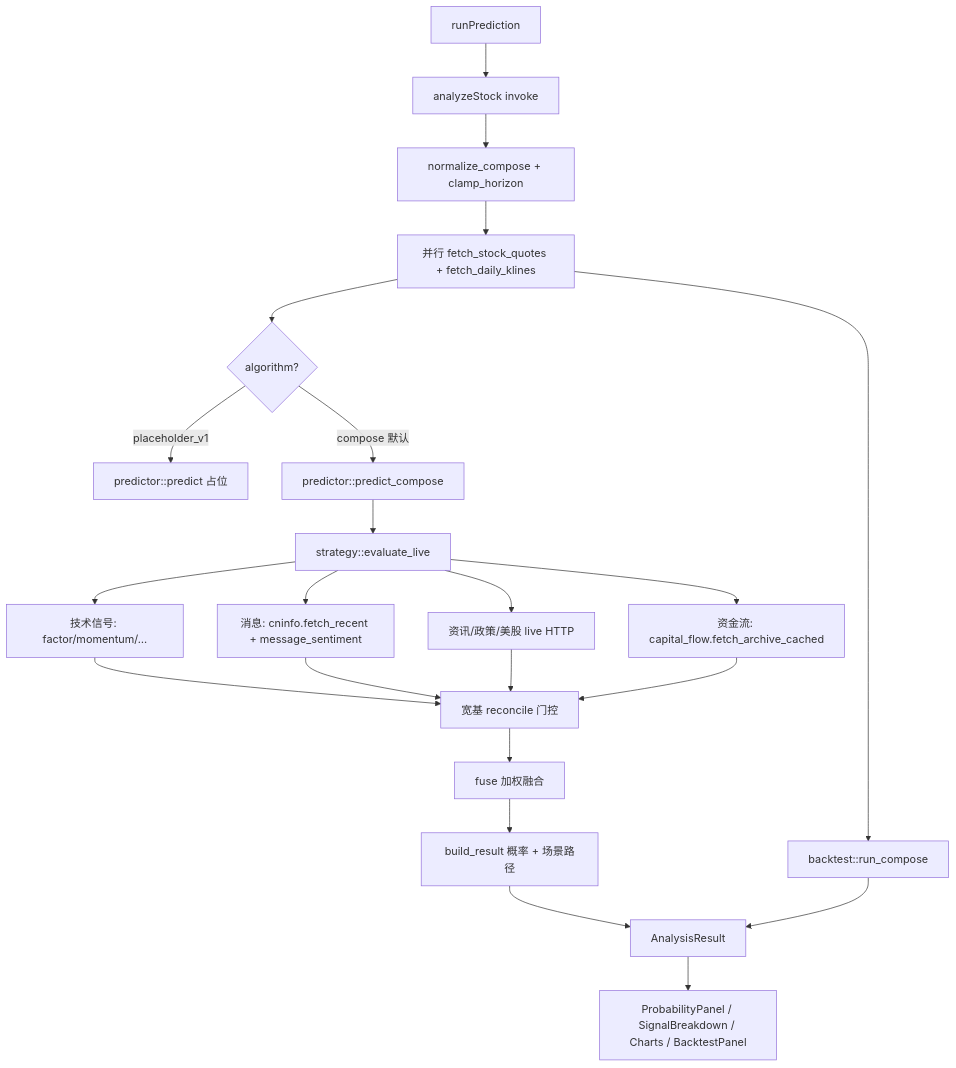
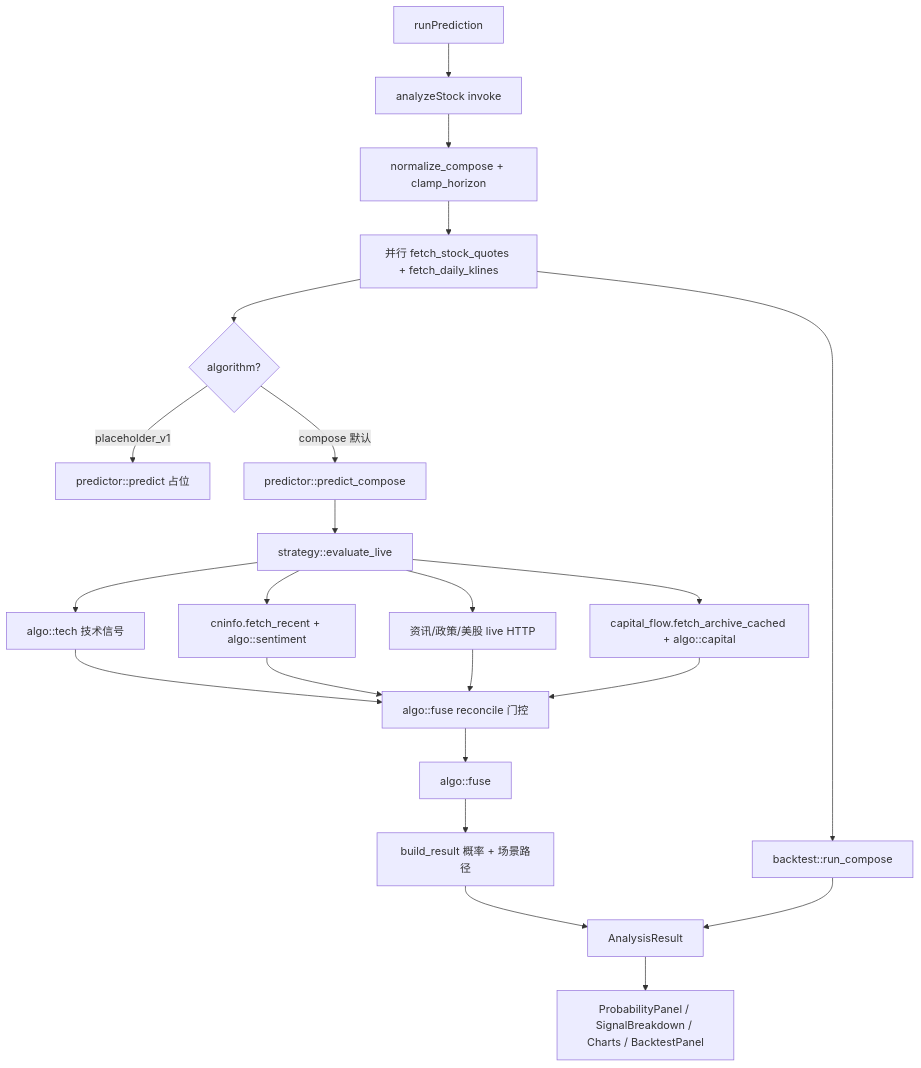
One commit to wuyanwen1997-wyw/stock-predict changed the fifth of 18 diagrams in docs/软件设计说明.md. Above: the diagram before and after it, drawn with Mermaid. The commit also changed other lines of this file and 10 other files, not shown here.

````diff
--- a/docs/软件设计说明.md
+++ b/docs/软件设计说明.md
@@ -232,20 +253,20 @@
 ```mermaid
 flowchart TD
     A[runPrediction] --> B[analyzeStock invoke]
     B --> C[normalize_compose + clamp_horizon]
     C --> D[并行 fetch_stock_quotes + fetch_daily_klines]
     D --> E{algorithm?}
     E -->|placeholder_v1| F[predictor::predict 占位]
     E -->|compose 默认| G[predictor::predict_compose]
     G --> H[strategy::evaluate_live]
-    H --> H1[技术信号: factor/momentum/…]
-    H --> H2[消息: cninfo.fetch_recent + message_sentiment]
+    H --> H1[algo::tech 技术信号]
+    H --> H2[cninfo.fetch_recent + algo::sentiment]
     H --> H3[资讯/政策/美股 live HTTP]
-    H --> H4[资金流: capital_flow.fetch_archive_cached]
-    H1 & H2 & H3 & H4 --> I[宽基 reconcile 门控]
-    I --> J[fuse 加权融合]
+    H --> H4[capital_flow.fetch_archive_cached + algo::capital]
+    H1 & H2 & H3 & H4 --> I[algo::fuse reconcile 门控]
+    I --> J[algo::fuse]
     J --> K[build_result 概率 + 场景路径]
     D --> L[backtest::run_compose]
     K & L --> M[AnalysisResult]
     M --> N[ProbabilityPanel / SignalBreakdown / Charts / BacktestPanel]
 ```
````
